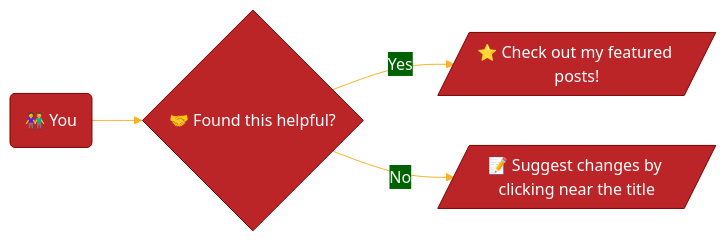
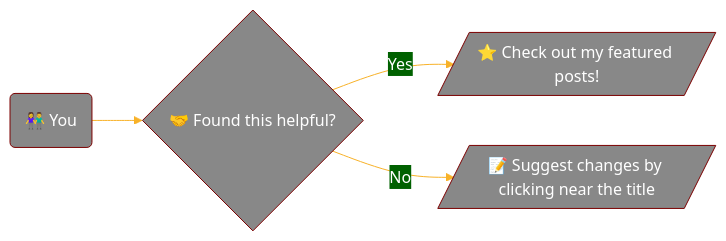
Before and after one commit to yunoooo111/lecture-notes: the diagram in content/notes/fi4002/root-finding-flowchart.md, drawn with Mermaid. The commit also changed 1 other file, not shown here.

```diff
--- a/content/notes/fi4002/root-finding-flowchart.md
+++ b/content/notes/fi4002/root-finding-flowchart.md
@@ -12,21 +12,22 @@
 {{< mermaid >}}
 %%{
   init: {
     'theme': 'base',
     'themeVariables': {
       'primaryColor': '#BB2528',
       'primaryTextColor': '#fff',
       'primaryBorderColor': '#7C0000',
       'lineColor': '#F8B229',
       'secondaryColor': '#006100',
-      'tertiaryColor': '#fff'
+      'tertiaryColor': '#fff',
+      'mainBkg': '#888'
     }
   }
 }%%
 
 flowchart LR
     y("👫 You") --> h{"🤝 Found this helpful?"}
     h --> |Yes| r[/"⭐ Check out my featured posts!"/]
     h --> |No| su[/"📝 Suggest changes by clicking near the title"/]
     click r "/categories/featured" _blank
 {{< /mermaid >}}
```
